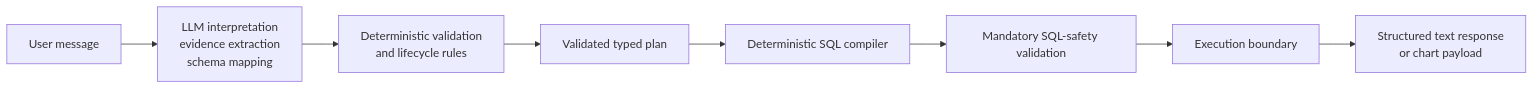
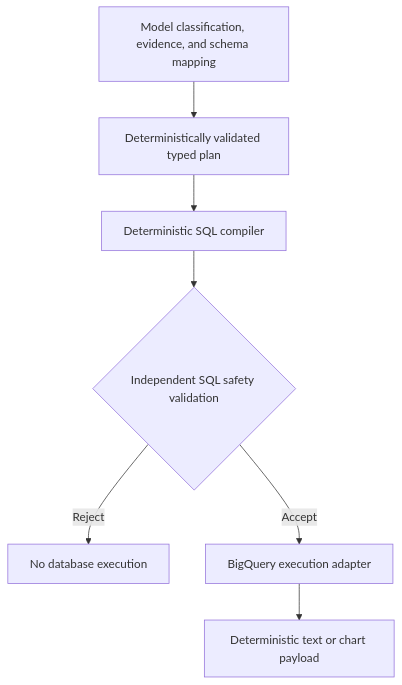
One commit to mahasa-amini/grounded-langgraph-sql-agent changed the first of 3 diagrams in docs/architecture.md. Above: the diagram before and after it, drawn with Mermaid. The commit also changed other lines of this file and 1 other file, not shown here.

Commit message:
docs: showcase verified backend outcomes and graph workflow

````diff
--- a/docs/architecture.md
+++ b/docs/architecture.md
@@ -5,10 +5,9 @@
 ```mermaid
-flowchart LR
-    U[User message] --> L[LLM interpretation<br/>evidence extraction<br/>schema mapping]
-    L --> V[Deterministic validation<br/>and lifecycle rules]
-    V --> P[Validated typed plan]
-    P --> C[Deterministic SQL compiler]
-    C --> S[Mandatory SQL-safety validation]
-    S --> E[Execution boundary]
-    E --> O[Structured text response<br/>or chart payload]
+flowchart TD
+    L["Model classification, evidence, and schema mapping"] --> P["Deterministically validated typed plan"]
+    P --> C["Deterministic SQL compiler"]
+    C --> S{"Independent SQL safety validation"}
+    S -->|Reject| R["No database execution"]
+    S -->|Accept| E["BigQuery execution adapter"]
+    E --> O["Deterministic text or chart payload"]
 ```
````
